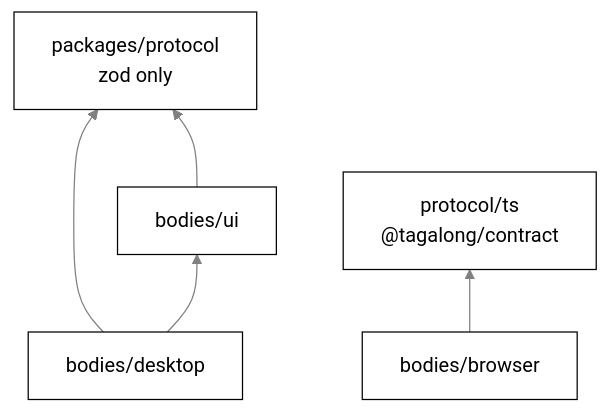
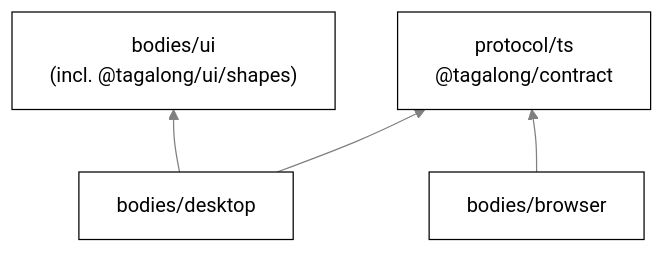
One commit to nadeem4/tagalong changed the second of 3 diagrams in docs/architecture.md. Above: the diagram before and after it, drawn with Mermaid. The commit also changed other lines of this file and 220 other files, not shown here.

First line of the commit message:
refactor: delete packages/protocol, types move to their owners (13d) (#208)

````diff
--- a/docs/architecture.md
+++ b/docs/architecture.md
@@ -87,13 +87,11 @@
 ```mermaid
 %%{init: {"theme": "base", "themeVariables": {"primaryColor": "#ffffff", "primaryTextColor": "#000000", "primaryBorderColor": "#000000", "lineColor": "#808080", "secondaryColor": "#f2f2f2", "tertiaryColor": "#ffffff", "clusterBkg": "#f7f7f7", "clusterBorder": "#808080", "edgeLabelBackground": "#ffffff", "titleColor": "#808080", "fontFamily": "Segoe UI, Helvetica, Arial, sans-serif"}}}%%
 flowchart BT
-  P["packages/protocol<br>zod only"]
-  U["bodies/ui"]
+  U["bodies/ui<br>(incl. @tagalong/ui/shapes)"]
   D["bodies/desktop"]
   X["bodies/browser"]
-  U --> P
-  D --> P
   D --> U
+  D --> K
   K["protocol/ts<br>@tagalong/contract"]
   X --> K
 ```
````
